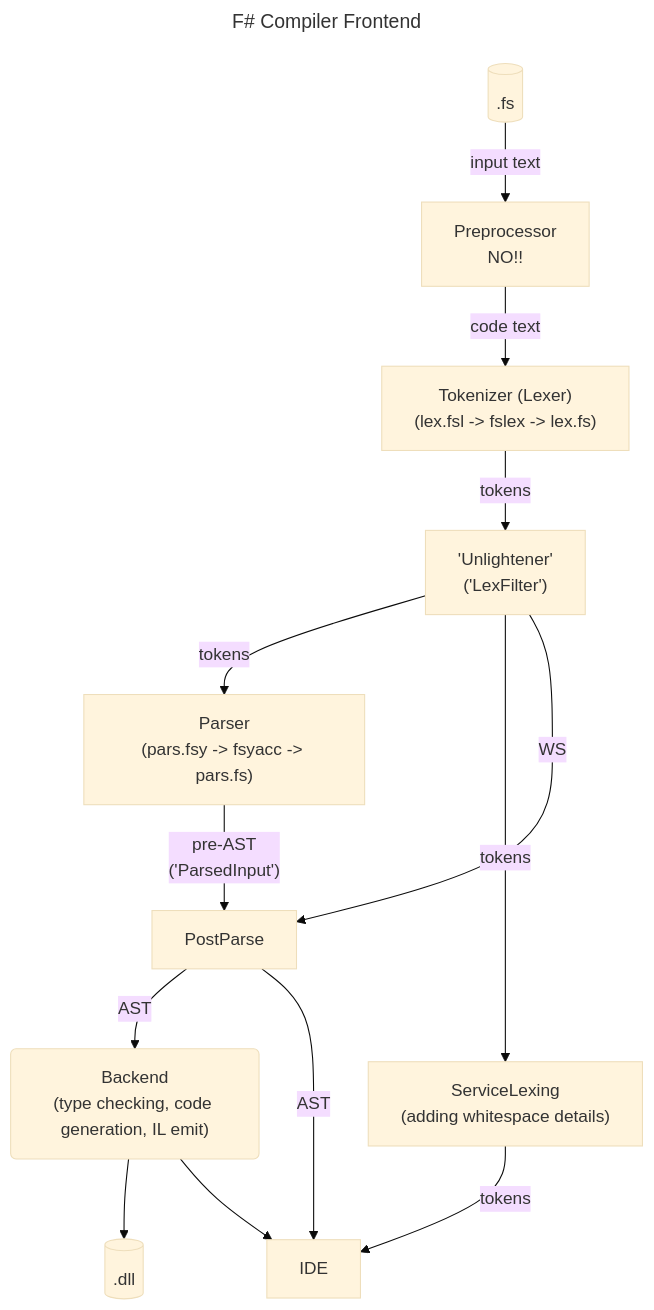
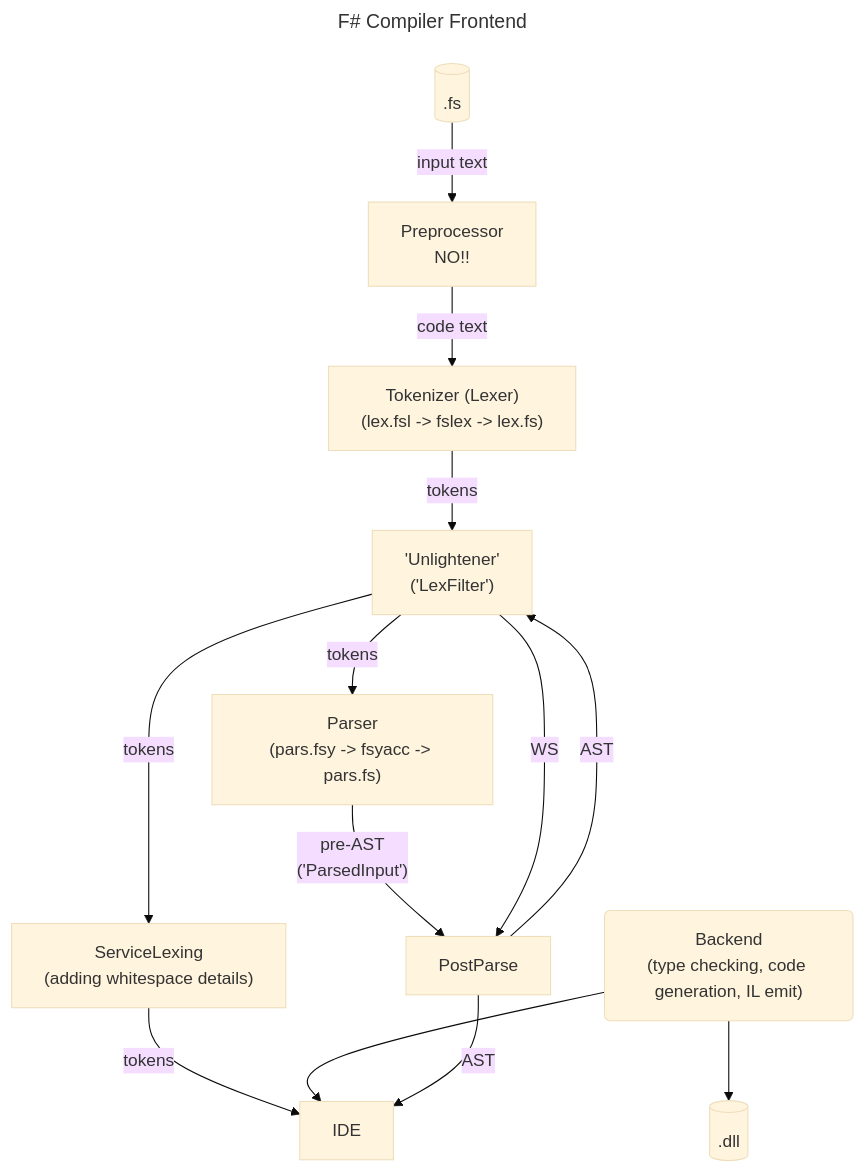
Before and after one commit to Martin521/Review18049: the diagram in CompilerFlowChart.md, drawn with Mermaid (base theme). The commit also changed other lines of this file, not shown here.

Commit message:
update chart

````diff
--- a/CompilerFlowChart.md
+++ b/CompilerFlowChart.md
@@ -1,33 +1,33 @@
 ```mermaid
 ---
 title: F# Compiler Frontend
 ---
 graph TB
   A[(.fs)]
     -- input text --> 
   Pre["`Preprocessor
     NO!!`"]
     -- code text -->
   T["`Tokenizer (Lexer)
     (lex.fsl -> fslex -> lex.fs)`"]
     -- tokens -->
   U["`'Unlightener'
     ('LexFilter')`"]
     -- tokens -->
   P["`Parser
     (pars.fsy -> fsyacc -> pars.fs)`"]
     -- "`pre-AST
     ('ParsedInput')`" -->
   PostParse -- AST -->
+  U -- WS --> PostParse
   B("`Backend
     (type checking, code generation, IL emit)`")
     --> E[(.dll)]
   U -- tokens -->
   S["`ServiceLexing
     (adding whitespace details)`"]
     -- tokens -->
   IDE
   B --> IDE
   PostParse -- AST --> IDE
-  U -- WS --> PostParse
 ```
````
